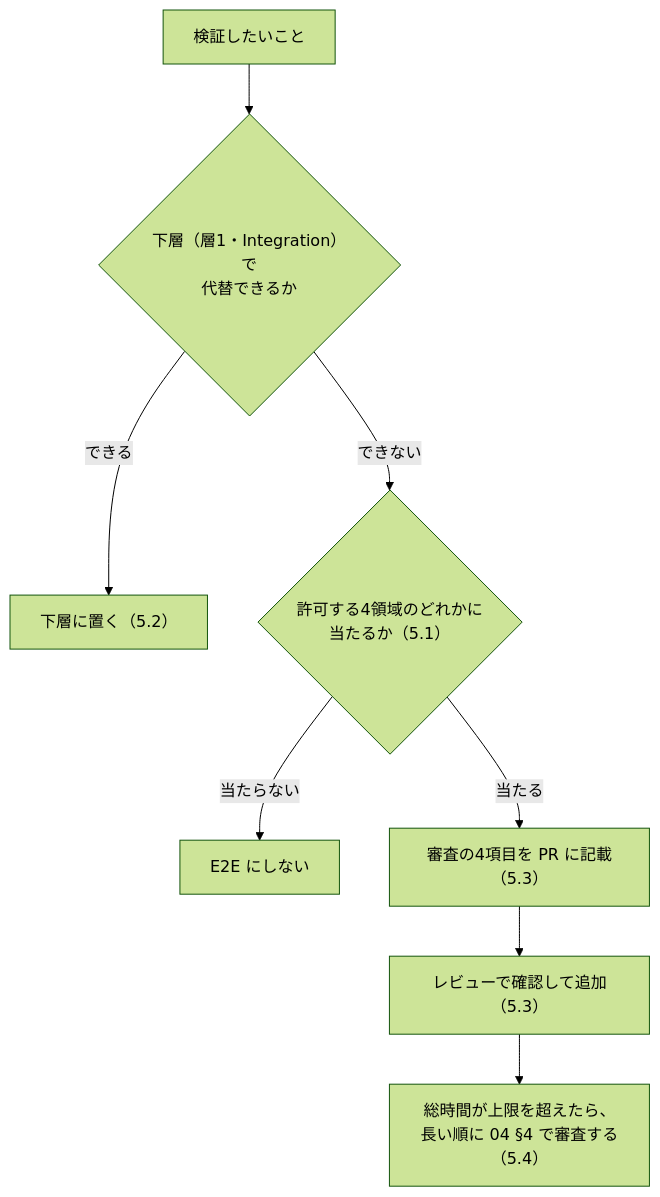
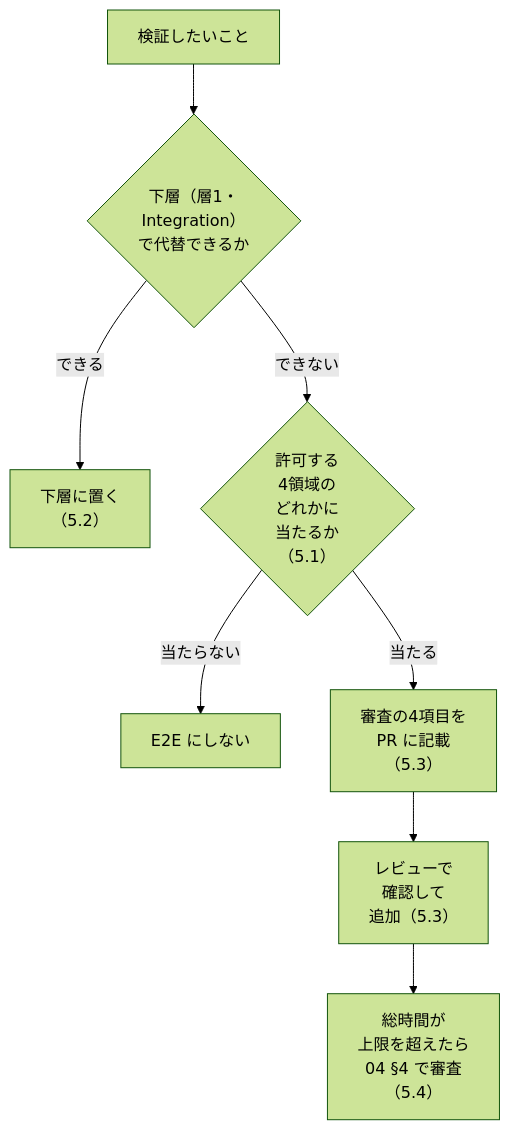
The diagram in docs/testing/02c-e2e.md (toshio-shiratori/harness-test-strategy), drawn with Mermaid (forest theme) before and after one commit. The commit also changed 5 other files, not shown here.

First line of the commit message:
docs: docs/testing の図で、ノード内の文字が GitHub 上で語の途中で折り返すのを直す (#210) (#220)

````diff
--- a/docs/testing/02c-e2e.md
+++ b/docs/testing/02c-e2e.md
@@ -28,10 +28,10 @@
 ```mermaid
 flowchart TD
-    A["検証したいこと"] --> B{"下層（層1・Integration）で<br/>代替できるか"}
-    B -->|できる| C["下層に置く（5.2）"]
-    B -->|できない| D{"許可する4領域のどれかに<br/>当たるか（5.1）"}
+    A["検証したいこと"] --> B{"下層（層1・<br/>Integration）<br/>で代替できるか"}
+    B -->|できる| C["下層に置く<br/>（5.2）"]
+    B -->|できない| D{"許可する<br/>4領域の<br/>どれかに<br/>当たるか<br/>（5.1）"}
     D -->|当たらない| E["E2E にしない"]
-    D -->|当たる| F["審査の4項目を PR に記載（5.3）"]
-    F --> G["レビューで確認して追加（5.3）"]
-    G --> H["総時間が上限を超えたら、長い順に 04 §4 で審査する（5.4）"]
+    D -->|当たる| F["審査の4項目を<br/>PR に記載<br/>（5.3）"]
+    F --> G["レビューで<br/>確認して<br/>追加（5.3）"]
+    G --> H["総時間が<br/>上限を超えたら<br/>04 §4 で審査<br/>（5.4）"]
 ```
````
